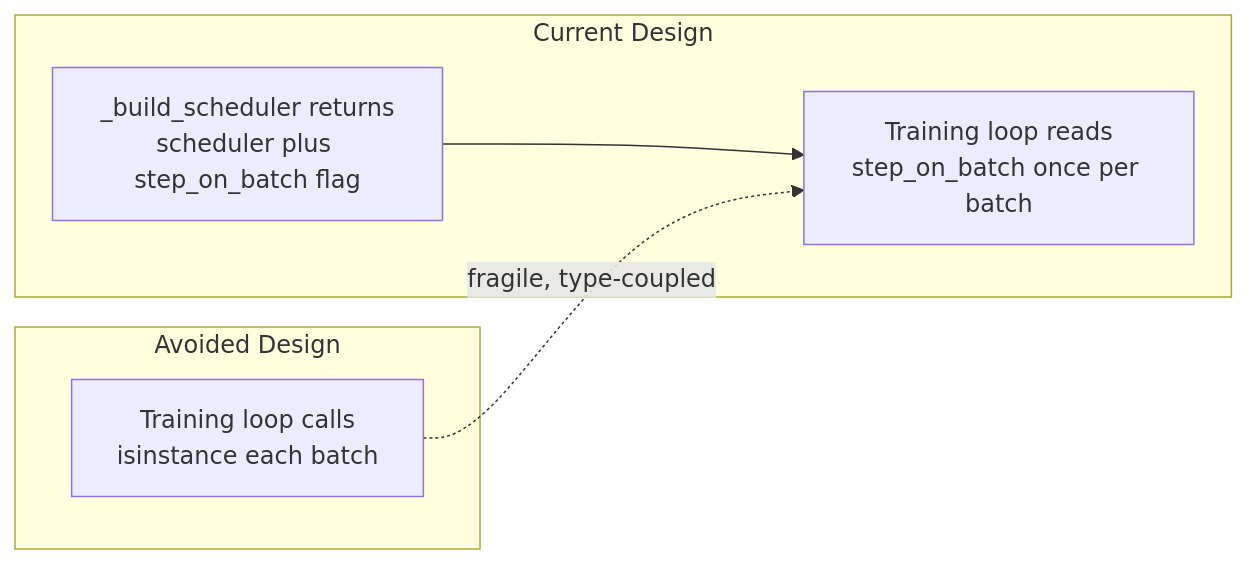
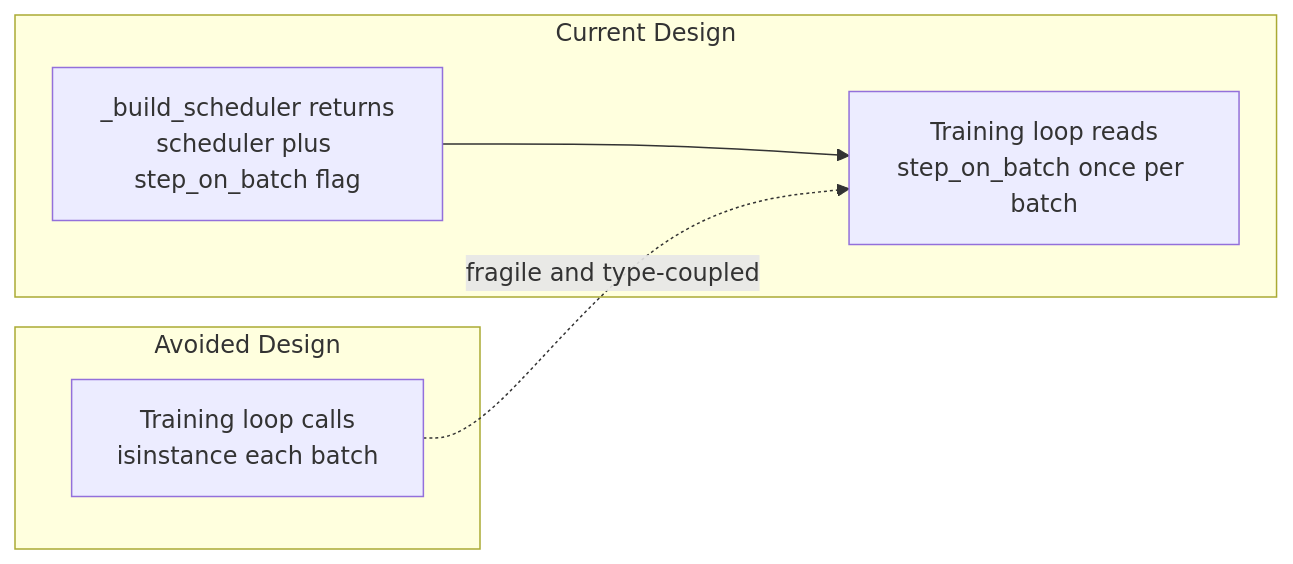
Diagram 11 of 11 in README.md (hkevin01/ml-adamw-demo), drawn with Mermaid before and after one commit. The commit also changed other lines of this file, not shown here.

````diff
--- a/README.md
+++ b/README.md
@@ -731,12 +1067,12 @@
 ```mermaid
 flowchart LR
     subgraph CurrentDesign["Current Design"]
         BS["_build_scheduler returns\nscheduler plus step_on_batch flag"]
         LOOP1["Training loop reads\nstep_on_batch once per batch"]
     end
     subgraph AvoidedDesign["Avoided Design"]
         CHECK["Training loop calls\nisinstance each batch"]
     end
     BS --> LOOP1
-    CHECK -.->|fragile, type-coupled| LOOP1
+    CHECK -.->|fragile and type-coupled| LOOP1
 ```
````
